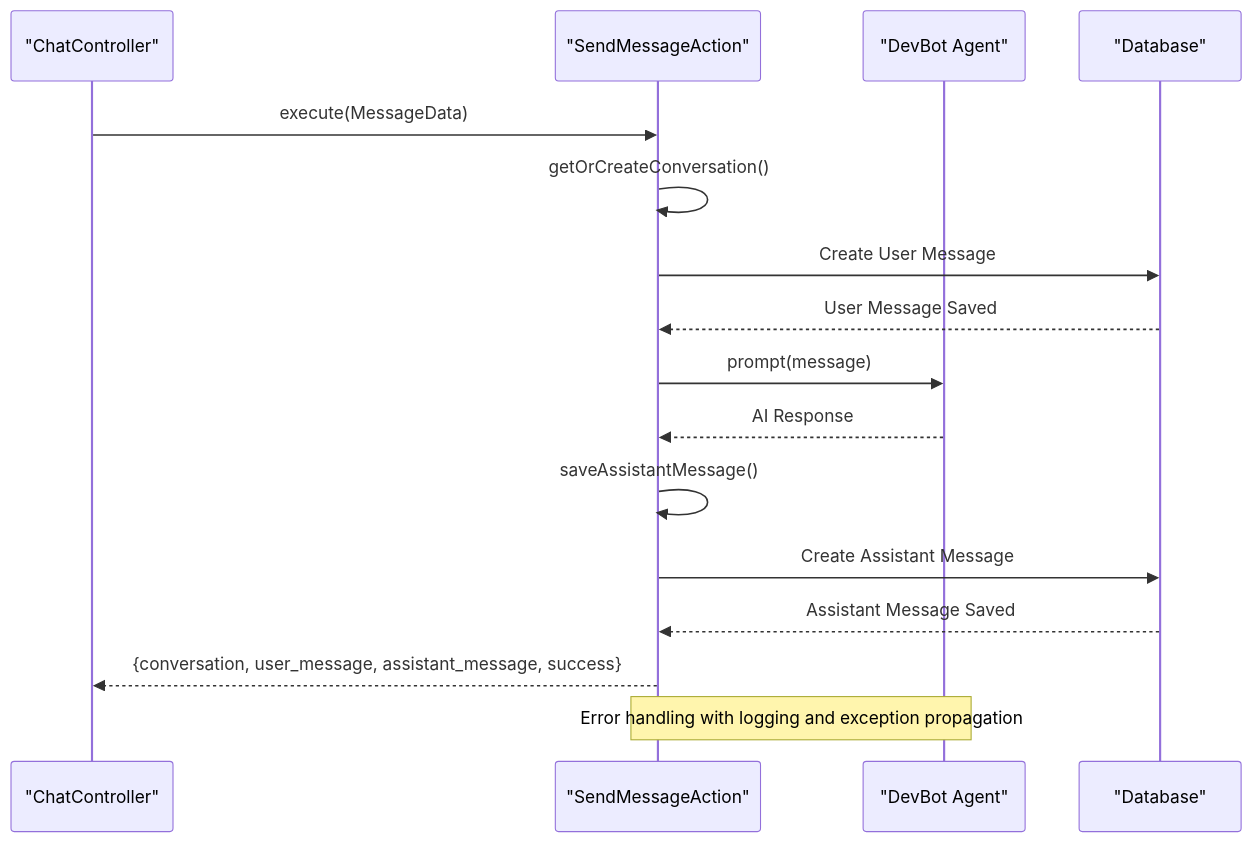
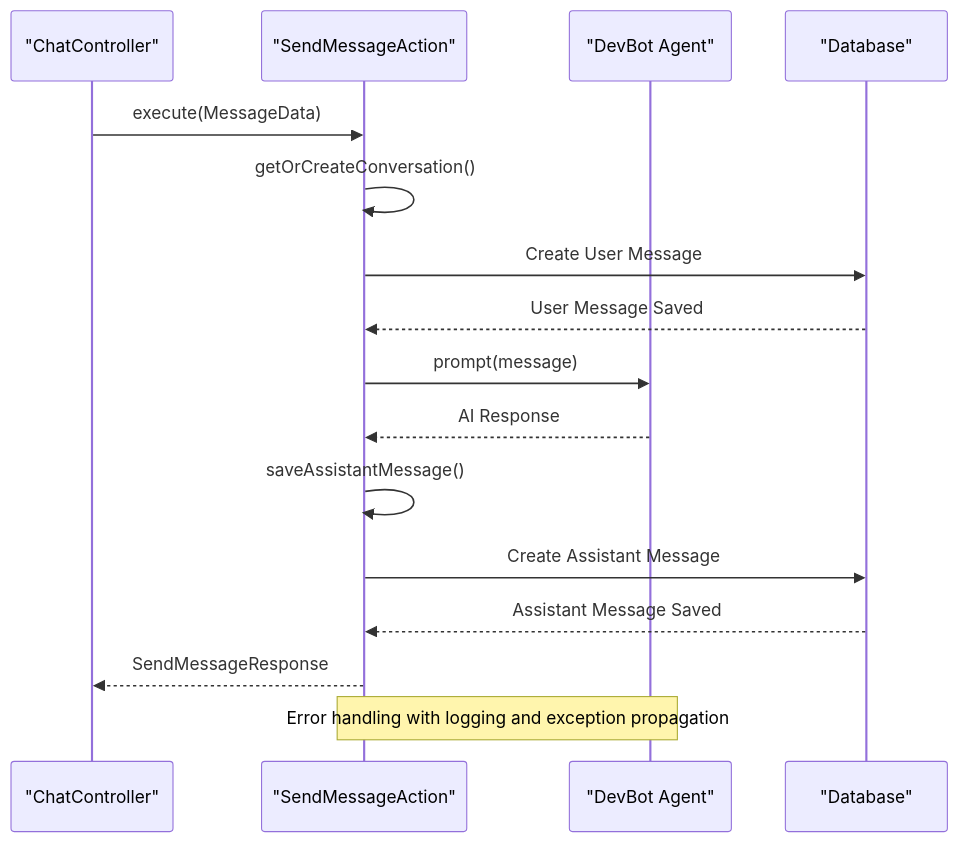
One commit to siimliimand/laravel-assistant changed the fifth of 8 diagrams in .qoder/repowiki/en/content/Actions Layer Specification.md. Above: the diagram before and after it, drawn with Mermaid. The commit also changed other lines of this file and 8 other files, not shown here.

First line of the commit message:
docs(actions): add PrepareChatViewAction and update architecture docs

````diff
--- a/.qoder/repowiki/en/content/Actions Layer Specification.md
+++ b/.qoder/repowiki/en/content/Actions Layer Specification.md
@@ -237,18 +269,18 @@
 ```mermaid
 sequenceDiagram
 participant Controller as "ChatController"
 participant Action as "SendMessageAction"
 participant DevBot as "DevBot Agent"
 participant Database as "Database"
 Controller->>Action : execute(MessageData)
 Action->>Action : getOrCreateConversation()
 Action->>Database : Create User Message
 Database-->>Action : User Message Saved
 Action->>DevBot : prompt(message)
 DevBot-->>Action : AI Response
 Action->>Action : saveAssistantMessage()
 Action->>Database : Create Assistant Message
 Database-->>Action : Assistant Message Saved
-Action-->>Controller : {conversation, user_message, assistant_message, success}
+Action-->>Controller : SendMessageResponse
 Note over Action,DevBot : Error handling with logging and exception propagation
 ```
````
